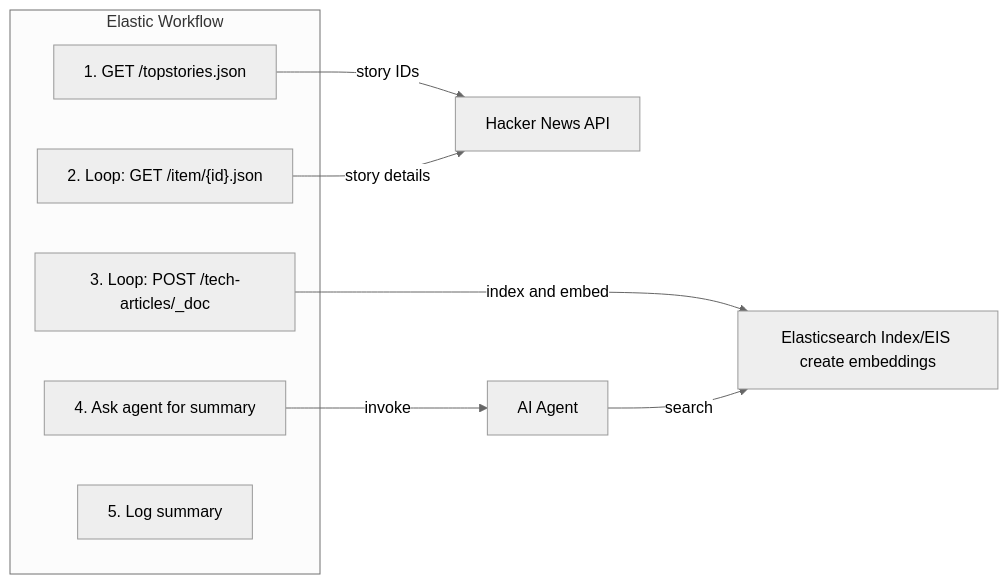
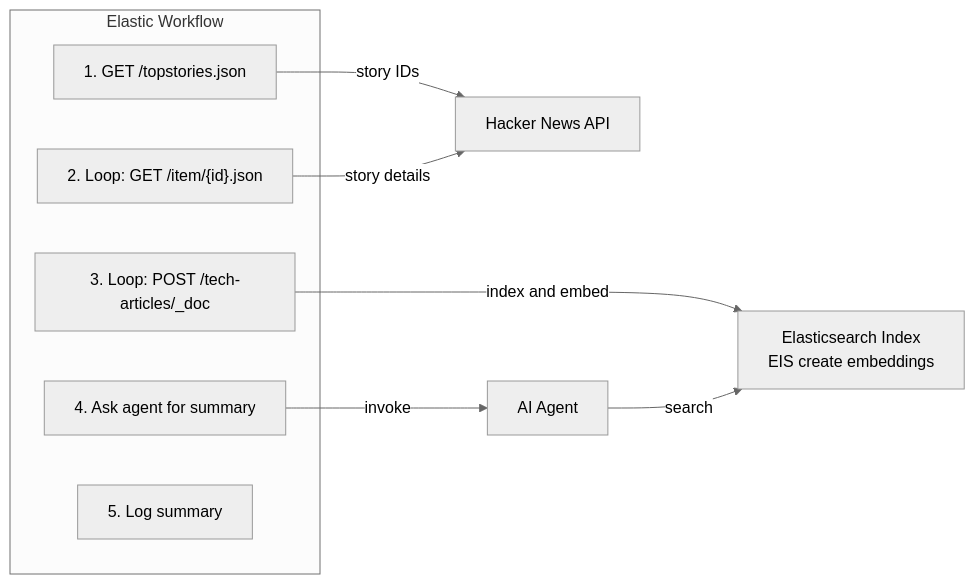
One commit to Delacrobix/Best-Practices-for-Building-a-Modern-App-with-Vector-Search changed the first of 2 diagrams in diagrams.md. Above: the diagram before and after it, drawn with Mermaid (neutral theme). The commit also changed 1 other file, not shown here.

Commit message:
notebook

````diff
--- a/diagrams.md
+++ b/diagrams.md
@@ -1,20 +1,21 @@
 ```mermaid
 graph LR
     subgraph "Elastic Workflow"
         S1["1. GET /topstories.json"]
         S2["2. Loop: GET /item/{id}.json"]
         S3["3. Loop: POST /tech-articles/_doc"]
         S4["4. Ask agent for summary"]
         S5["5. Log summary"]
     end
 
     HN["Hacker News API"]
-    ES["Elasticsearch Index/EIS create embeddings"]
+    ES["Elasticsearch Index
+    EIS create embeddings"]
     Agent["AI Agent"]
 
     S1 -->|story IDs| HN
     S2 -->|story details| HN
     S3 -->|index and embed| ES
     S4 -->|invoke| Agent
     Agent -->|search| ES
 ```
````
